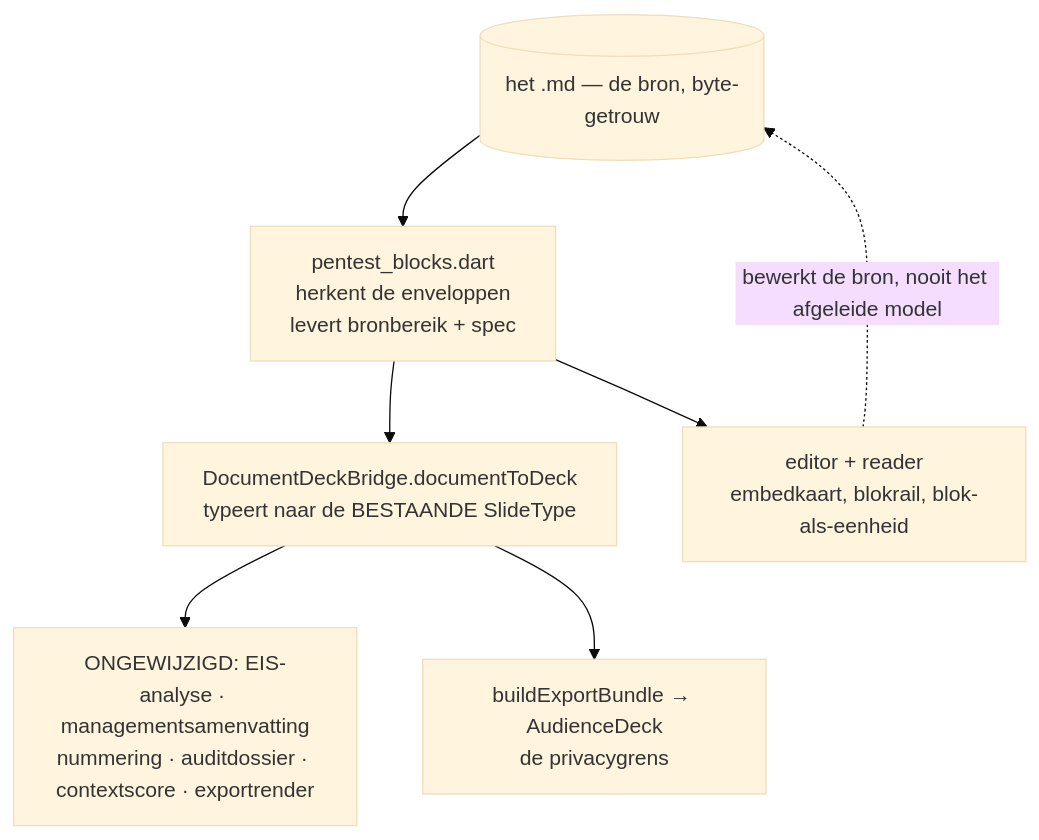
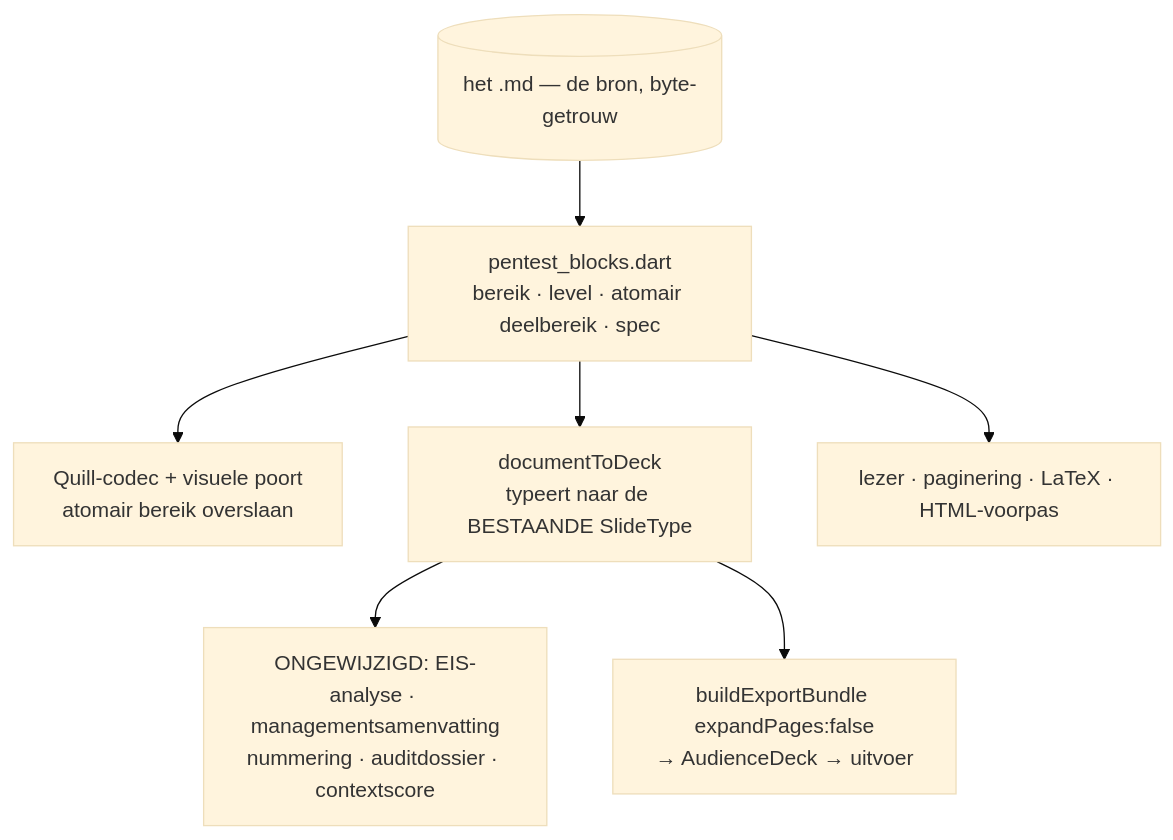
Before and after one commit to brennodewinter/Ocideck: the diagram in docs/design/PENTEST_DOCUMENT.md, drawn with Mermaid (base theme). The commit also changed other lines of this file, not shown here.

````diff
--- a/docs/design/PENTEST_DOCUMENT.md
+++ b/docs/design/PENTEST_DOCUMENT.md
@@ -261,10 +405,10 @@
 ```mermaid
 flowchart TB
     bron[("het .md — de bron, byte-getrouw")]
-    bron --> gram["pentest_blocks.dart<br/>herkent de enveloppen<br/>levert bronbereik + spec"]
-    gram --> brug["DocumentDeckBridge.documentToDeck<br/>typeert naar de BESTAANDE SlideType"]
-    gram --> ui["editor + reader<br/>embedkaart, blokrail, blok-als-eenheid"]
-    brug --> an["ONGEWIJZIGD: EIS-analyse · managementsamenvatting<br/>nummering · auditdossier · contextscore · exportrender"]
-    brug --> ociwacht["buildExportBundle → AudienceDeck<br/>de privacygrens"]
-    ui -.->|"bewerkt de bron, nooit het afgeleide model"| bron
+    bron --> gram["pentest_blocks.dart<br/>bereik · level · atomair deelbereik · spec"]
+    gram --> codec["Quill-codec + visuele poort<br/>atomair bereik overslaan"]
+    gram --> brug["documentToDeck<br/>typeert naar de BESTAANDE SlideType"]
+    gram --> lezer["lezer · paginering · LaTeX · HTML-voorpas"]
+    brug --> an["ONGEWIJZIGD: EIS-analyse · managementsamenvatting<br/>nummering · auditdossier · contextscore"]
+    brug --> bundel["buildExportBundle expandPages:false<br/>→ AudienceDeck → uitvoer"]
 ```
````
